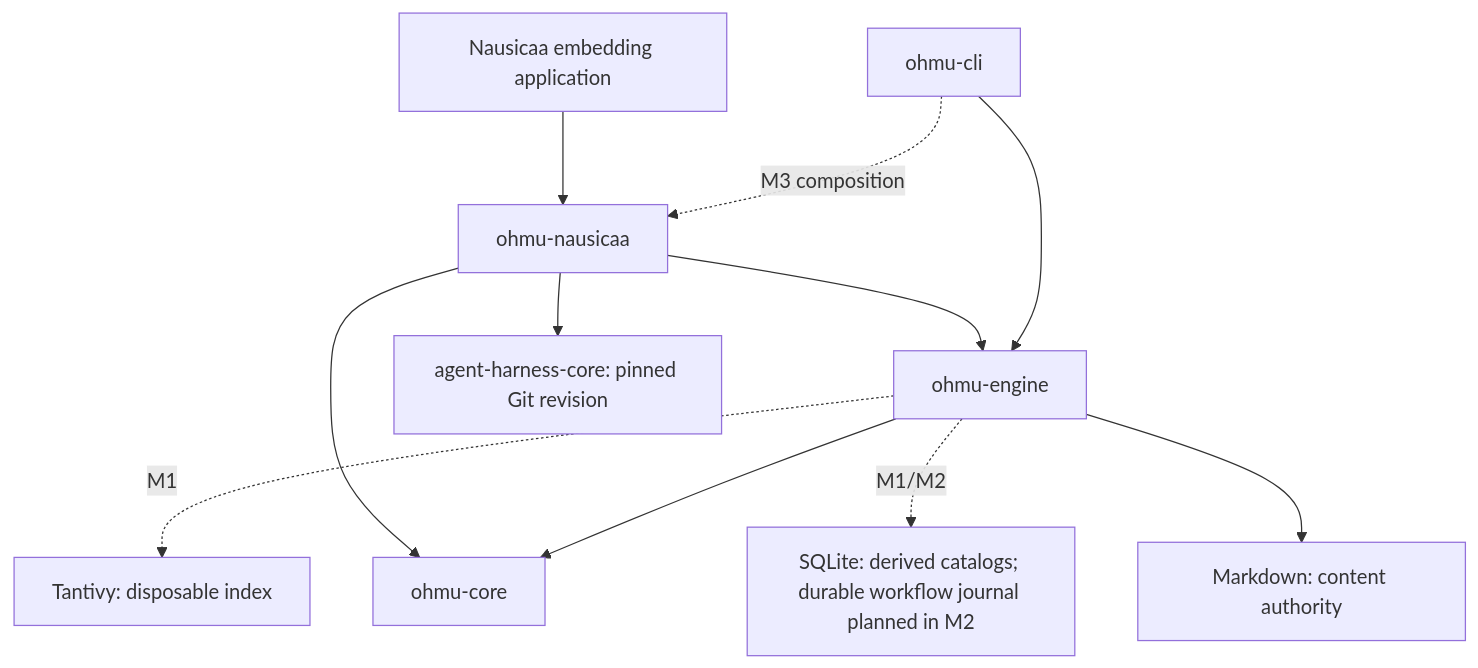
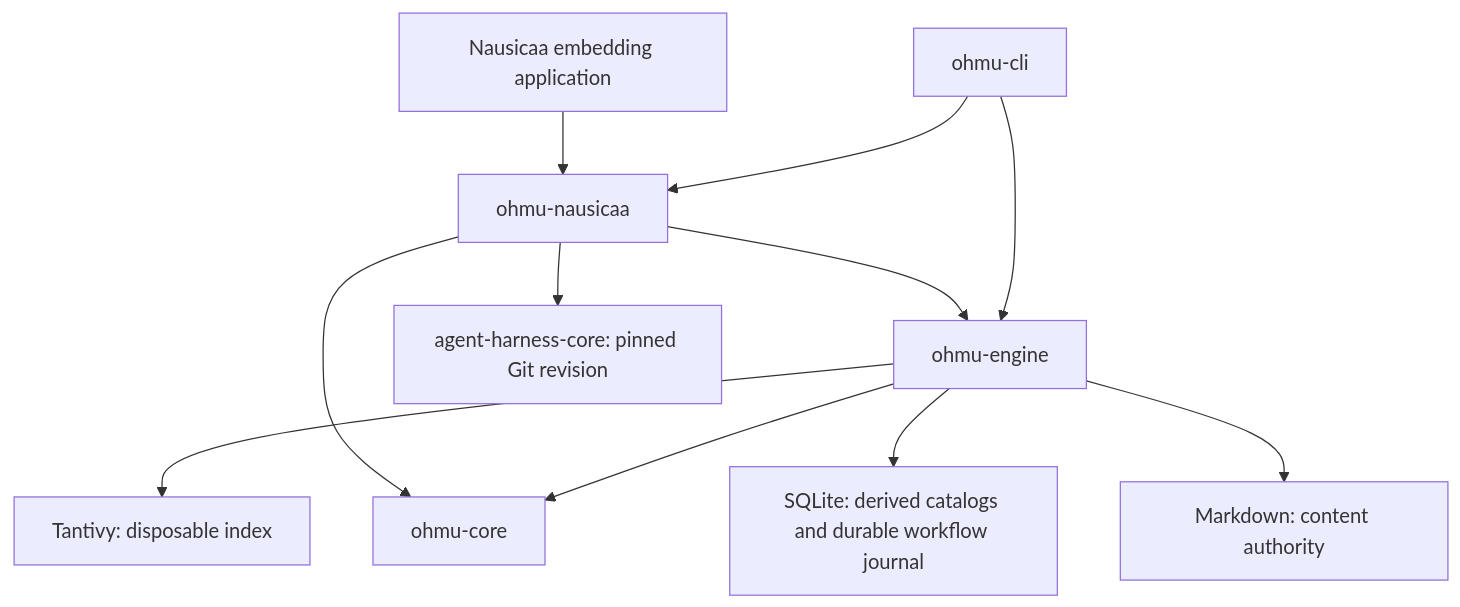
The diagram in docs/ARCHITECTURE.md (Ceskoslov/Ohmu), drawn with Mermaid before and after one commit. The commit also changed other lines of this file and 26 other files, not shown here.

````diff
--- a/docs/ARCHITECTURE.md
+++ b/docs/ARCHITECTURE.md
@@ -11,13 +12,13 @@
 ```mermaid
 flowchart TD
     CLI[ohmu-cli] --> Engine[ohmu-engine]
-    CLI -. M3 composition .-> Adapter[ohmu-nausicaa]
+    CLI --> Adapter[ohmu-nausicaa]
     Host[Nausicaa embedding application] --> Adapter
     Adapter --> Engine
     Adapter --> Harness[agent-harness-core: pinned Git revision]
     Engine --> Core[ohmu-core]
     Adapter --> Core
-    Engine -. M1 .-> Search[Tantivy: disposable index]
-    Engine -. M1/M2 .-> Metadata[SQLite: derived catalogs; durable workflow journal planned in M2]
+    Engine --> Search[Tantivy: disposable index]
+    Engine --> Metadata[SQLite: derived catalogs and durable workflow journal]
     Engine --> Files[Markdown: content authority]
 ```
````
